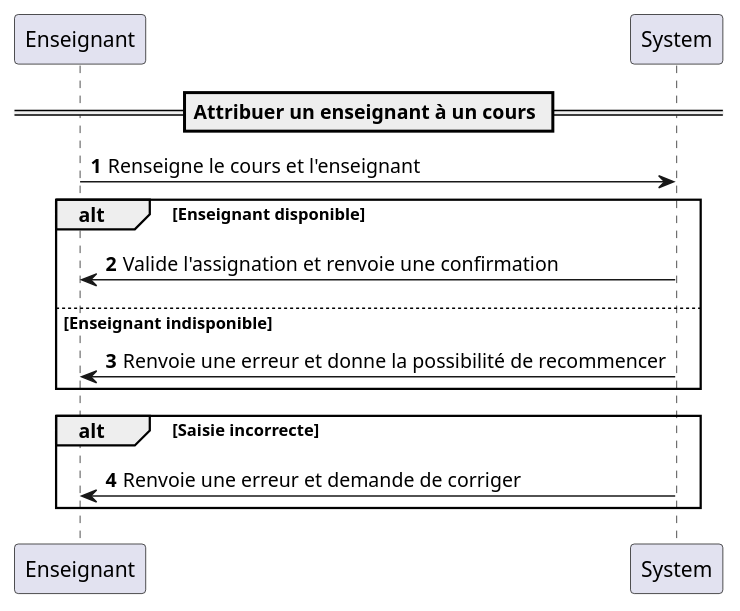
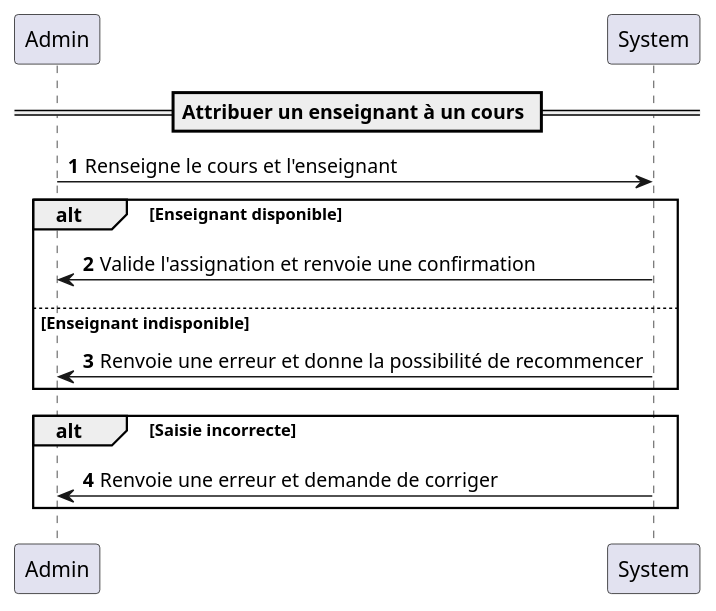
One commit to KMorere/school_uml changed the diagram in DiagSeq-AssignerEnseignant.puml. Above: the diagram before and after it, drawn with PlantUML.

Commit message:
Correction Diag Assignment

```diff
--- a/DiagSeq-AssignerEnseignant.puml
+++ b/DiagSeq-AssignerEnseignant.puml
@@ -1,22 +1,22 @@
 @startuml
 'https://plantuml.com/sequence-diagram
 
 autonumber
 
 !pragma teoz true
 !pragma sequenceMessageSpan true
 
 == Attribuer un enseignant à un cours ==
 
-Enseignant -> System: Renseigne le cours et l'enseignant
+Admin -> System: Renseigne le cours et l'enseignant
 alt Enseignant disponible
-    System -> Enseignant: Valide l'assignation et renvoie une confirmation
+    System -> Admin: Valide l'assignation et renvoie une confirmation
 else Enseignant indisponible
-    System -> Enseignant: Renvoie une erreur et donne la possibilité de recommencer
+    System -> Admin: Renvoie une erreur et donne la possibilité de recommencer
 end
 
 alt Saisie incorrecte
-    System -> Enseignant : Renvoie une erreur et demande de corriger
+    System -> Admin : Renvoie une erreur et demande de corriger
 end
 
 @enduml
```
